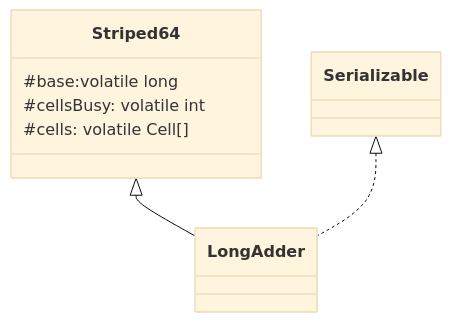
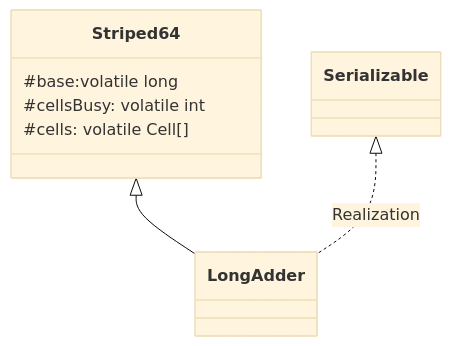
The second of 4 diagrams in Java 并发编程总结.md (Maxkinger/Interview-summary), drawn with Mermaid (base theme) before and after one commit. The commit also changed other lines of this file and 1 other file, not shown here.

````diff
--- a/Java 并发编程总结.md
+++ b/Java 并发编程总结.md
@@ -370,12 +370,12 @@
 ```mermaid
 classDiagram
 	Striped64 <|-- LongAdder
-	Serializable <|..LongAdder
+	Serializable <|..LongAdder : Realization
 	class Striped64 {
 		#base:volatile long
 		#cellsBusy: volatile int
 		#cells: volatile Cell[]
 	}
 	
 
 ```
````
